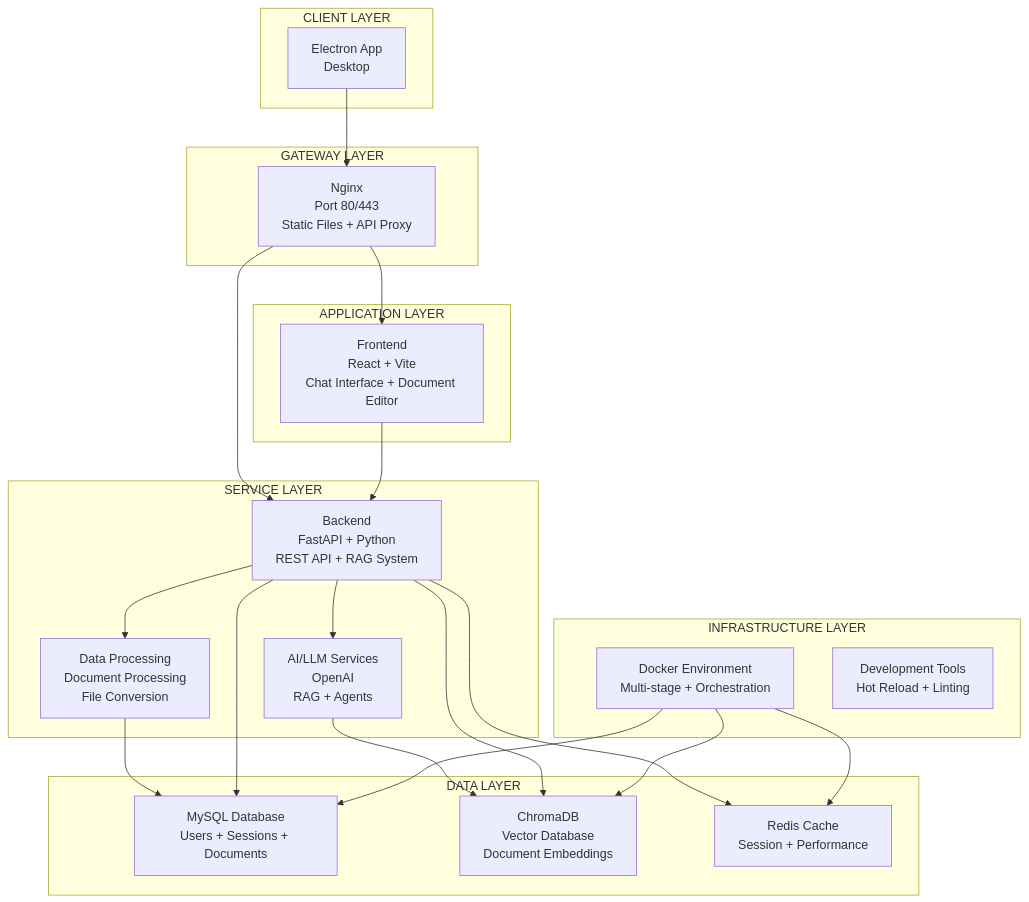
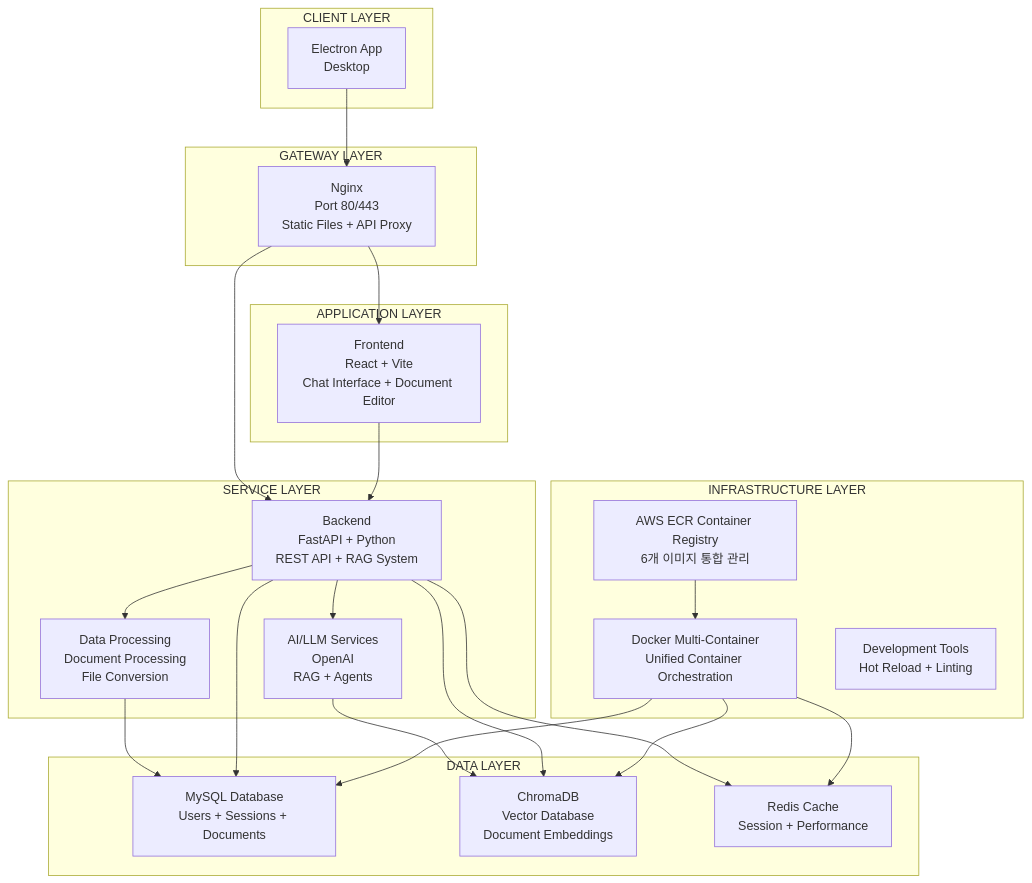
The first of 2 diagrams in 산출물/5주차/시스템아키텍처.md (SKNETWORKS-FAMILY-AICAMP/SKN13-FINAL-1TEAM), drawn with Mermaid before and after one commit. The commit also changed other lines of this file and 2 other files, not shown here.

````diff
--- a/산출물/5주차/시스템아키텍처.md
+++ b/산출물/5주차/시스템아키텍처.md
@@ -167,46 +52,48 @@
 ```mermaid
 graph TB
     subgraph "CLIENT LAYER"
         A2[Electron App<br/>Desktop]
     end
 
     subgraph "GATEWAY LAYER"
         B[Nginx<br/>Port 80/443<br/>Static Files + API Proxy]
     end
 
     subgraph "APPLICATION LAYER"
         C1[Frontend<br/>React + Vite<br/>Chat Interface + Document Editor]
     end
 
     subgraph "SERVICE LAYER"
         C2[Backend<br/>FastAPI + Python<br/>REST API + RAG System]
         D1[AI/LLM Services<br/>OpenAI<br/>RAG + Agents]
         D2[Data Processing<br/>Document Processing<br/>File Conversion]
     end
 
     subgraph "DATA LAYER"
         E1[MySQL Database<br/>Users + Sessions + Documents]
         E2[ChromaDB<br/>Vector Database<br/>Document Embeddings]
         E3[Redis Cache<br/>Session + Performance]
     end
 
     subgraph "INFRASTRUCTURE LAYER"
-        F1[Docker Environment<br/>Multi-stage + Orchestration]
-        F2[Development Tools<br/>Hot Reload + Linting]
+        F1[AWS ECR Container Registry<br/>6개 이미지 통합 관리]
+        F2[Docker Multi-Container<br/>Unified Container Orchestration]
+        F3[Development Tools<br/>Hot Reload + Linting]
     end
 
     A2 --> B
     B --> C1
     B --> C2
     C1 --> C2
     C2 --> D1
     C2 --> D2
     D1 --> E2
     D2 --> E1
     C2 --> E1
     C2 --> E2
     C2 --> E3
-    F1 --> E1
-    F1 --> E2
-    F1 --> E3
+    F1 --> F2
+    F2 --> E1
+    F2 --> E2
+    F2 --> E3
 ```
````
